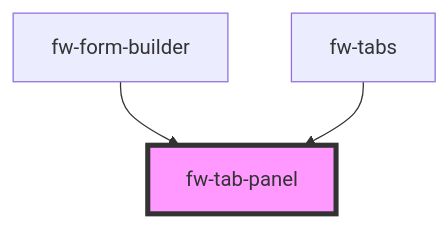
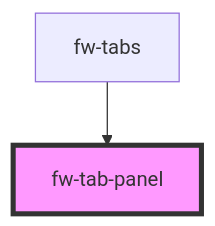
One commit to freshworks/crayons changed the diagram in packages/crayons-core/src/components/tab-panel/readme.md. Above: the diagram before and after it, drawn with Mermaid. The commit also changed other lines of this file and 29 other files, not shown here.

Commit message:
fix(form-builder): component changes based on form builder requirements

````diff
--- a/packages/crayons-core/src/components/tab-panel/readme.md
+++ b/packages/crayons-core/src/components/tab-panel/readme.md
@@ -62,6 +61,5 @@
 ```mermaid
 graph TD;
-  fw-form-builder --> fw-tab-panel
   fw-tabs --> fw-tab-panel
   style fw-tab-panel fill:#f9f,stroke:#333,stroke-width:4px
 ```
````
